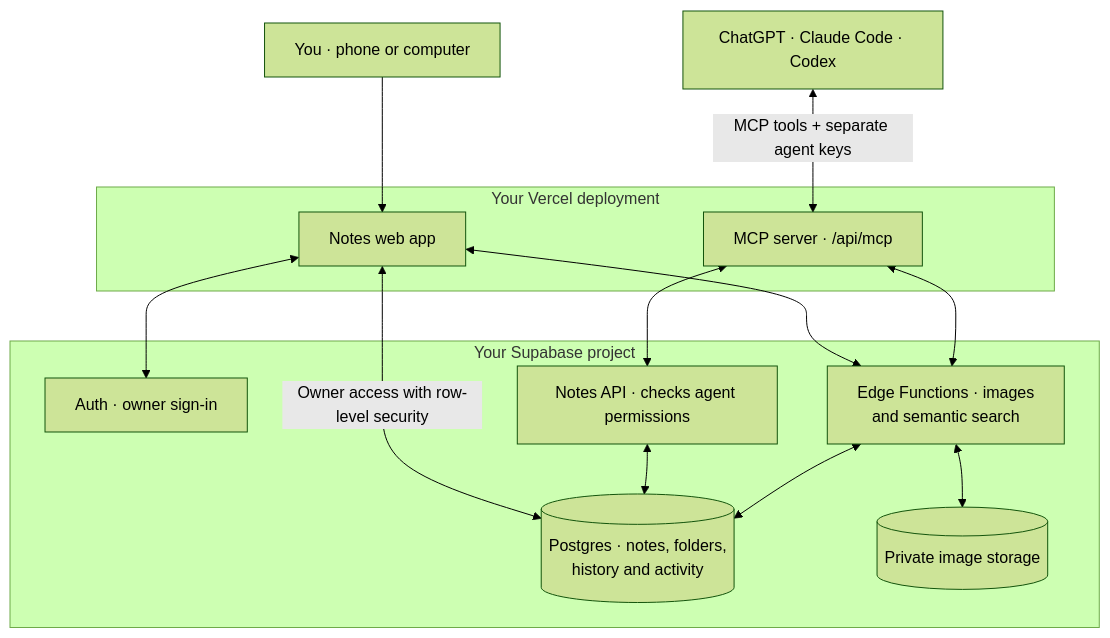
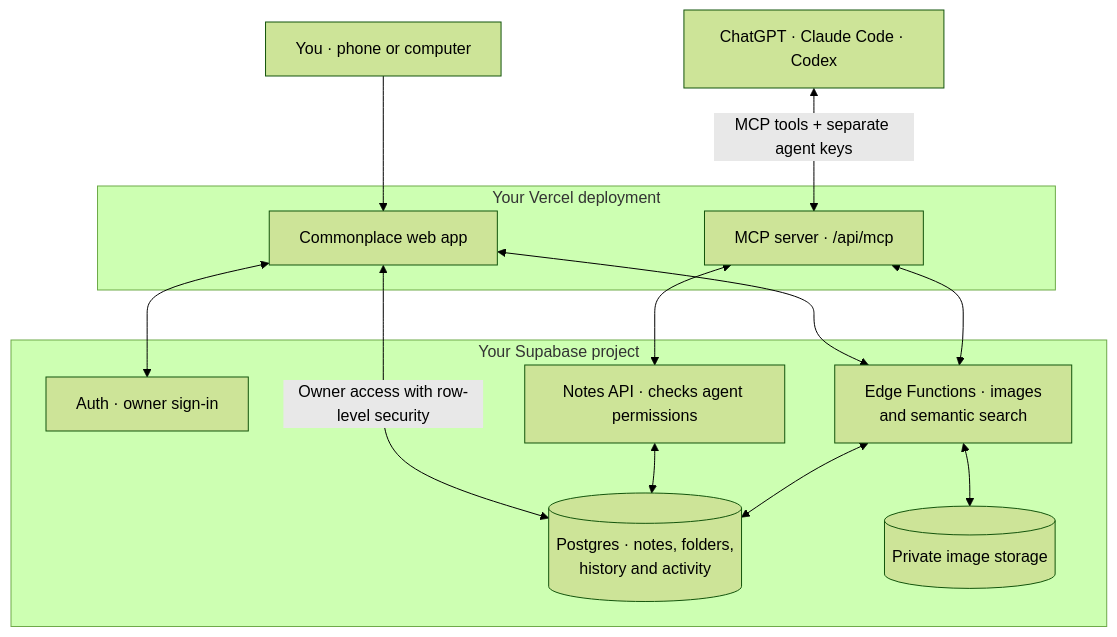
The third of 3 diagrams in README.md (farhan1301/notes-with-mcp), drawn with Mermaid (forest theme) before and after one commit. The commit also changed other lines of this file and 9 other files, not shown here.

````diff
--- a/README.md
+++ b/README.md
@@ -144,26 +169,26 @@
 ```mermaid
 flowchart TB
     You["You · phone or computer"]
     Agents["ChatGPT · Claude Code · Codex"]
     subgraph Vercel["Your Vercel deployment"]
-        App["Notes web app"]
+        App["Commonplace web app"]
         MCP["MCP server · /api/mcp"]
     end
     subgraph Supabase["Your Supabase project"]
         Auth["Auth · owner sign-in"]
         API["Notes API · checks agent permissions"]
         DB[("Postgres · notes, folders,<br/>history and activity")]
         Functions["Edge Functions · images<br/>and semantic search"]
         Storage[("Private image storage")]
     end
     You --> App
     App <--> Auth
     App <-->|Owner access with row-level security| DB
     Agents <-->|MCP tools + separate agent keys| MCP
     MCP <--> API
     API <--> DB
     App <--> Functions
     MCP <--> Functions
     Functions <--> DB
     Functions <--> Storage
 ```
````
